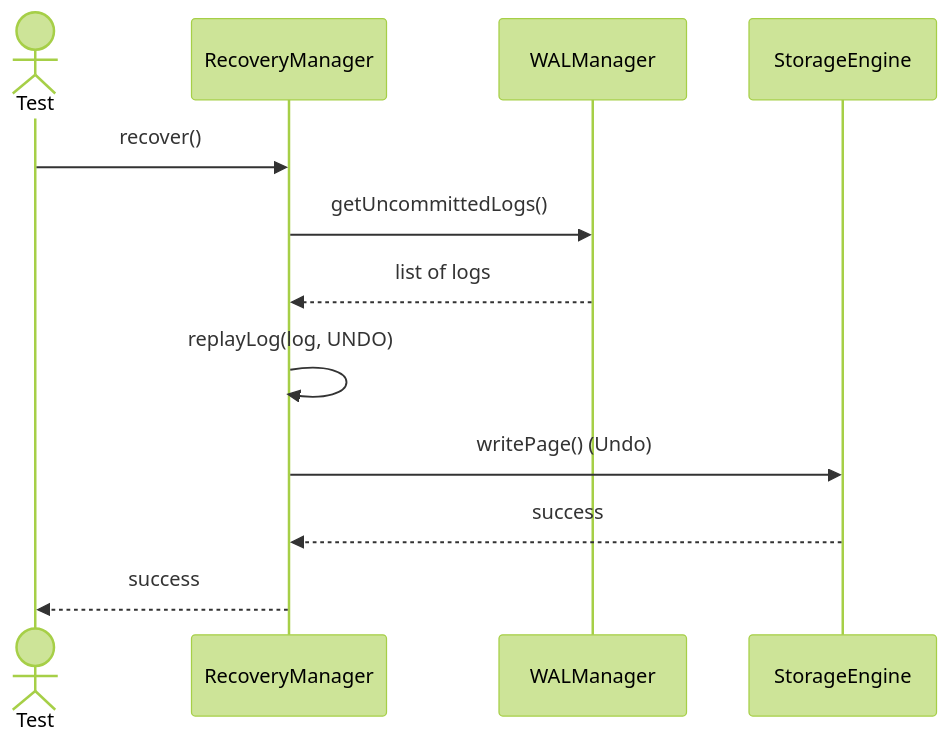
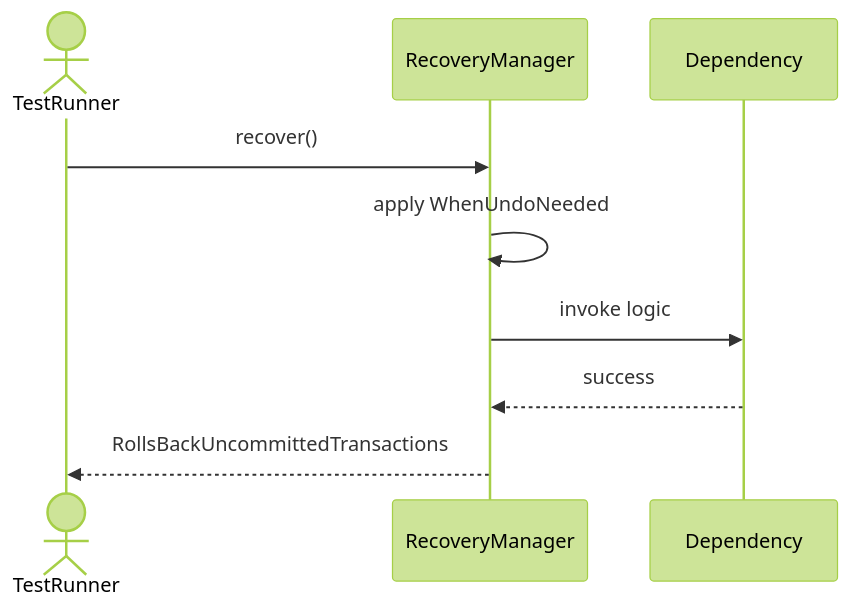
One commit to TamBui1706/DBMS changed the second of 6 diagrams in Sequences/BackupDurability/RecoveryManager.md. Above: the diagram before and after it, drawn with Mermaid (forest theme). The commit also changed other lines of this file and 63 other files, not shown here.

Commit message:
Draw sequence diagram for unit tests

````diff
--- a/Sequences/BackupDurability/RecoveryManager.md
+++ b/Sequences/BackupDurability/RecoveryManager.md
@@ -33,15 +31,10 @@
 ```mermaid
 sequenceDiagram
-    actor Test
+    actor TestRunner
     participant RecoveryManager
-    participant WALManager
-    participant StorageEngine
-
-    Test->>RecoveryManager: recover()
-    RecoveryManager->>WALManager: getUncommittedLogs()
-    WALManager-->>RecoveryManager: list of logs
-    RecoveryManager->>RecoveryManager: replayLog(log, UNDO)
-    RecoveryManager->>StorageEngine: writePage() (Undo)
-    StorageEngine-->>RecoveryManager: success
-    RecoveryManager-->>Test: success
+    TestRunner->>RecoveryManager: recover()
+    RecoveryManager->>RecoveryManager: apply WhenUndoNeeded
+    RecoveryManager->>Dependency: invoke logic
+    Dependency-->>RecoveryManager: success
+    RecoveryManager-->>TestRunner: RollsBackUncommittedTransactions
 ```
````
